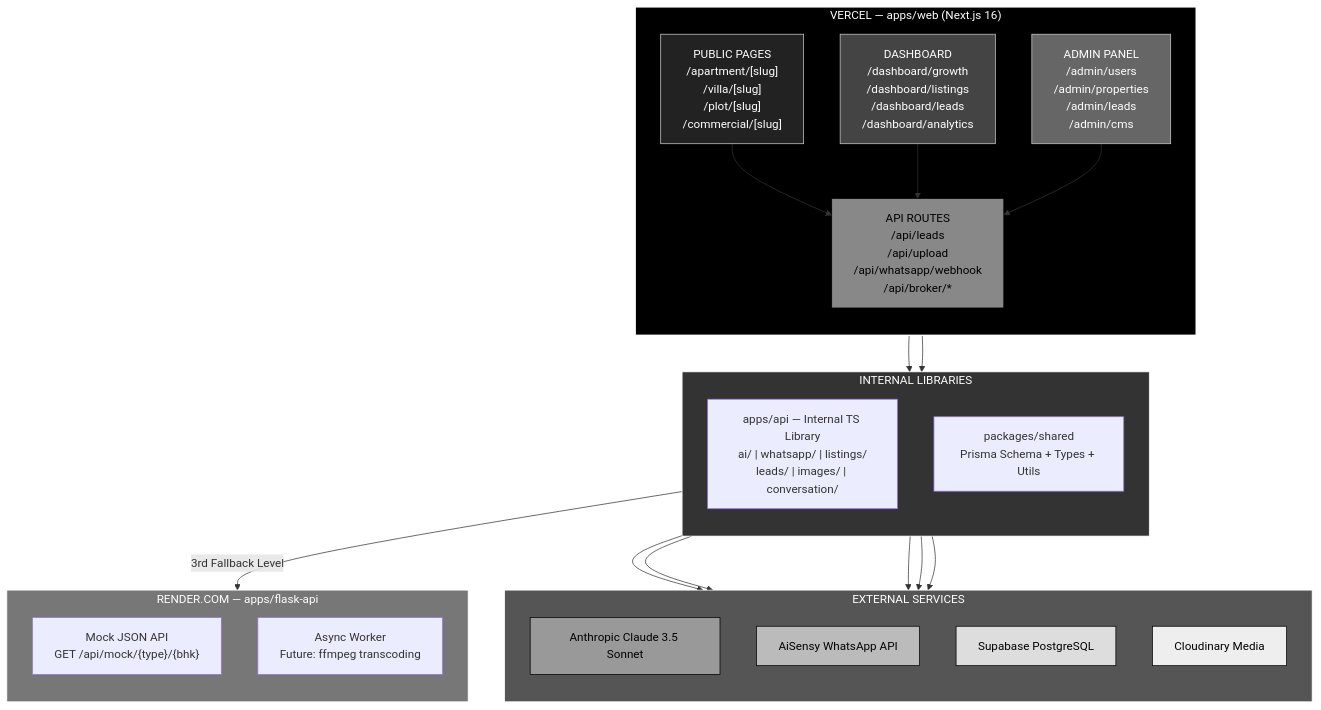
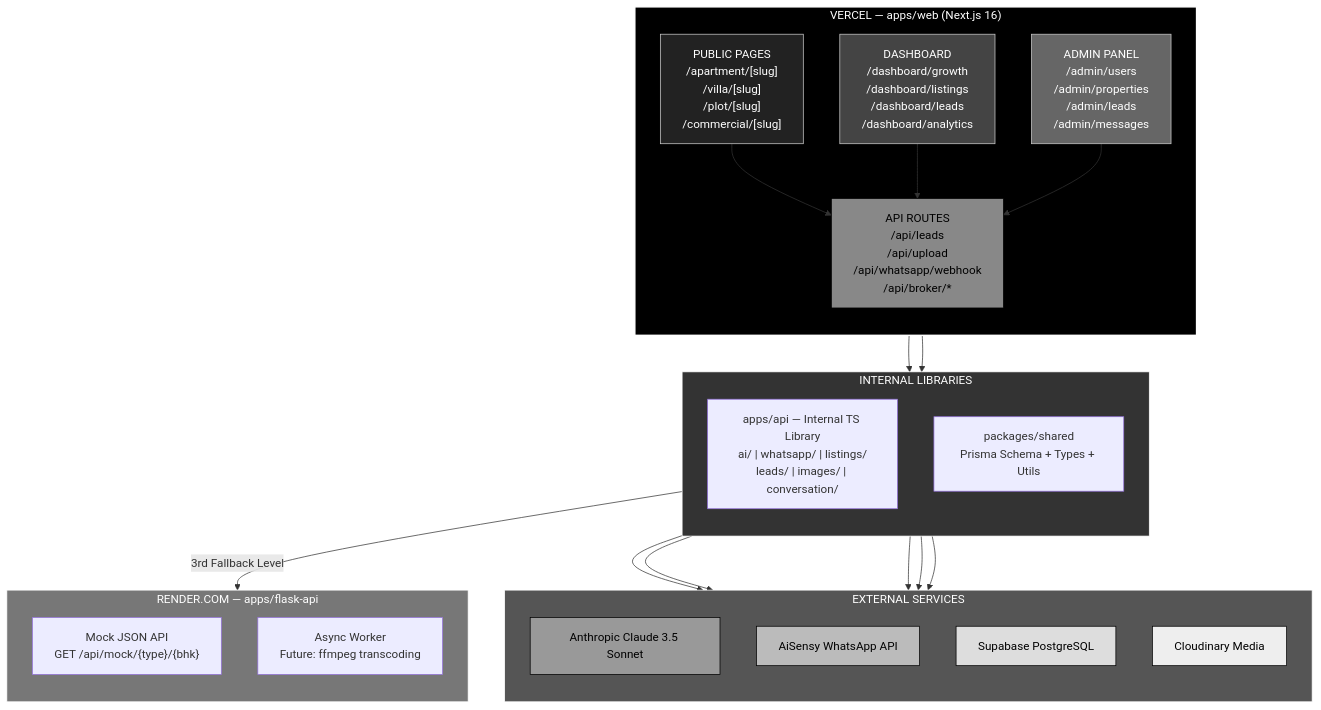
The second of 16 diagrams in README.md (DeadCoder-N/Soryvanta), drawn with Mermaid before and after one commit. The commit also changed other lines of this file and 3 other files, not shown here.

````diff
--- a/README.md
+++ b/README.md
@@ -384,59 +411,59 @@
 ```mermaid
 flowchart TB
     subgraph VERCEL["VERCEL — apps/web (Next.js 16)"]
         direction TB
         PUBLIC["PUBLIC PAGES<br/>/apartment/[slug]<br/>/villa/[slug]<br/>/plot/[slug]<br/>/commercial/[slug]"]
         DASHBOARD["DASHBOARD<br/>/dashboard/growth<br/>/dashboard/listings<br/>/dashboard/leads<br/>/dashboard/analytics"]
-        ADMIN["ADMIN PANEL<br/>/admin/users<br/>/admin/properties<br/>/admin/leads<br/>/admin/cms"]
+        ADMIN["ADMIN PANEL<br/>/admin/users<br/>/admin/properties<br/>/admin/leads<br/>/admin/messages"]
         API_ROUTES["API ROUTES<br/>/api/leads<br/>/api/upload<br/>/api/whatsapp/webhook<br/>/api/broker/*"]
     end
 
     subgraph INTERNAL["INTERNAL LIBRARIES"]
         direction TB
         API_TS["apps/api — Internal TS Library<br/>ai/ | whatsapp/ | listings/<br/>leads/ | images/ | conversation/"]
         SHARED_PKG["packages/shared<br/>Prisma Schema + Types + Utils"]
     end
 
     subgraph EXTERNAL["EXTERNAL SERVICES"]
         direction TB
         ANTHROPIC["Anthropic Claude 3.5 Sonnet"]
         AISENSY["AiSensy WhatsApp API"]
         SUPABASE["Supabase PostgreSQL"]
         CLOUDINARY["Cloudinary Media"]
     end
 
     subgraph RENDER["RENDER.COM — apps/flask-api"]
         direction TB
         MOCK_API["Mock JSON API<br/>GET /api/mock/{type}/{bhk}"]
         ASYNC_WORKER["Async Worker<br/>Future: ffmpeg transcoding"]
     end
 
     PUBLIC --> API_ROUTES
     DASHBOARD --> API_ROUTES
     ADMIN --> API_ROUTES
 
     API_ROUTES --> API_TS
     API_ROUTES --> SHARED_PKG
 
     API_TS --> ANTHROPIC
     API_TS --> AISENSY
     API_TS --> SUPABASE
     API_TS --> CLOUDINARY
 
     API_TS -->|3rd Fallback Level| MOCK_API
 
     SHARED_PKG --> SUPABASE
 
     style VERCEL fill:#000,color:#fff,stroke:#fff,stroke-width:2px
     style PUBLIC fill:#222,color:#fff,stroke:#ccc
     style DASHBOARD fill:#444,color:#fff,stroke:#ccc
     style ADMIN fill:#666,color:#fff,stroke:#ccc
     style API_ROUTES fill:#888,color:#000,stroke:#000
     style INTERNAL fill:#333,color:#fff,stroke:#fff
     style EXTERNAL fill:#555,color:#fff,stroke:#fff
     style RENDER fill:#777,color:#fff,stroke:#fff
     style ANTHROPIC fill:#999,color:#000,stroke:#000
     style AISENSY fill:#bbb,color:#000,stroke:#000
     style SUPABASE fill:#ddd,color:#000,stroke:#000
     style CLOUDINARY fill:#eee,color:#000,stroke:#000
 ```
````
